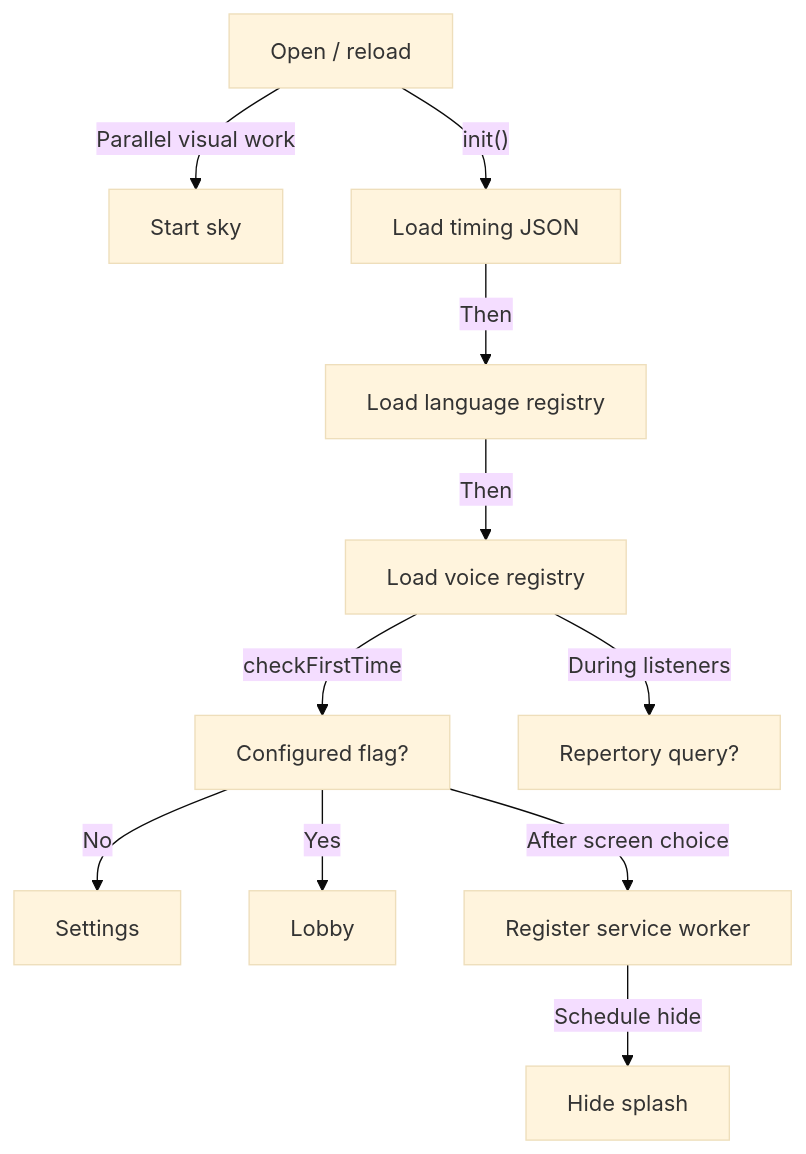
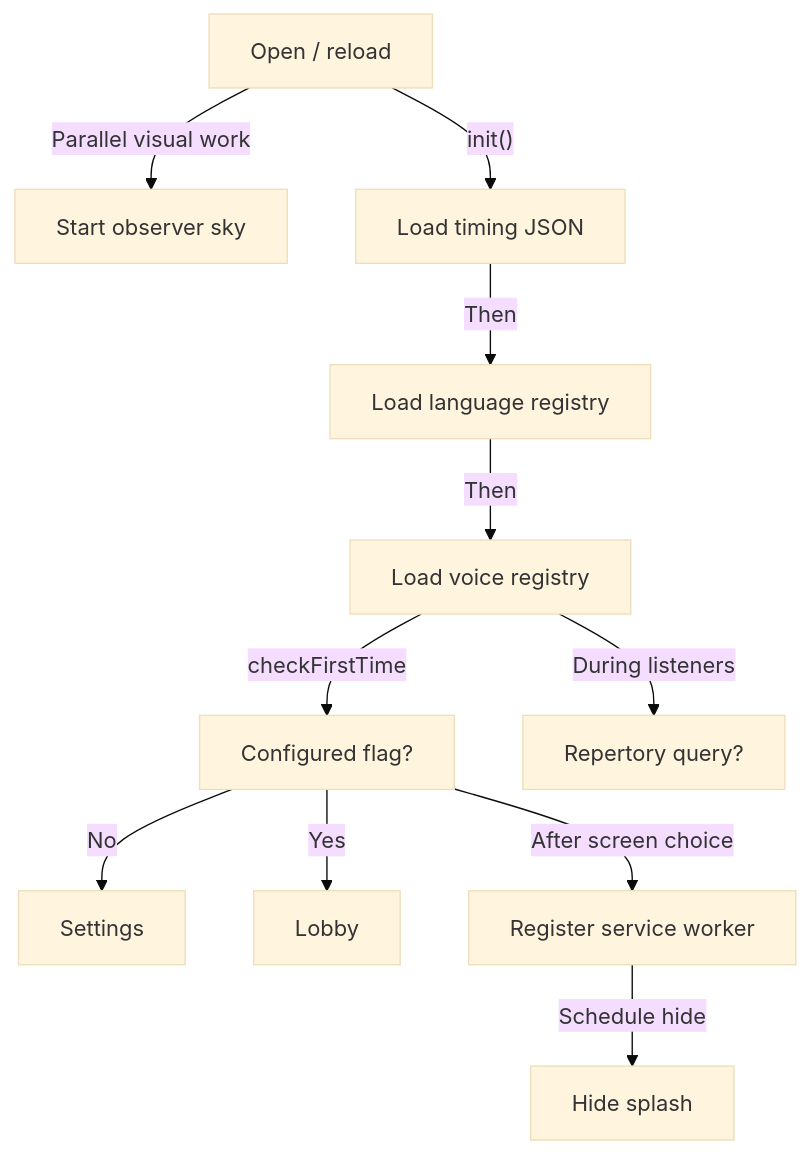
One commit to missionode/lite changed the second of 28 diagrams in docs/app-map/FLOW-REFERENCE.md. Above: the diagram before and after it, drawn with Mermaid (base theme). The commit also changed other lines of this file and 29 other files, not shown here.

Commit message:
fix: align observer sky and freeze journey calculations

````diff
--- a/docs/app-map/FLOW-REFERENCE.md
+++ b/docs/app-map/FLOW-REFERENCE.md
@@ -103,24 +103,24 @@
 ```mermaid
 flowchart TD
   open["Open / reload"]
-  sky["Start sky"]
+  sky["Start observer sky"]
   timing["Load timing JSON"]
   language["Load language registry"]
   voices["Load voice registry"]
   configured["Configured flag?"]
   repertory["Repertory query?"]
   settings["Settings"]
   lobby["Lobby"]
   sw["Register service worker"]
   splash["Hide splash"]
   open -->|"Parallel visual work"| sky
   open -->|"init()"| timing
   timing -->|"Then"| language
   language -->|"Then"| voices
   voices -->|"checkFirstTime"| configured
   voices -->|"During listeners"| repertory
   configured -->|"No"| settings
   configured -->|"Yes"| lobby
   configured -->|"After screen choice"| sw
   sw -->|"Schedule hide"| splash
 ```
````
